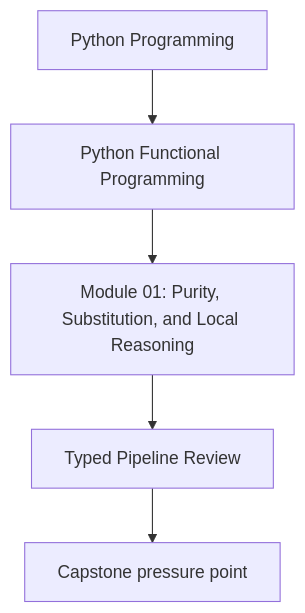
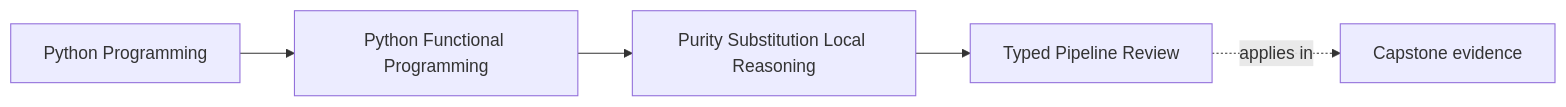
One commit to bijux/bijux-masterclass changed the first of 2 diagrams in programs/python-programming/python-functional-programming/course-book/module-01-purity-substitution-local-reasoning/typed-pipeline-review.md. Above: the diagram before and after it, drawn with Mermaid. The commit also changed other lines of this file and 73 other files, not shown here.

Commit message:
docs(python-functional-programming): map orientation through streaming foundations

````diff
--- a/programs/python-programming/python-functional-programming/course-book/module-01-purity-substitution-local-reasoning/typed-pipeline-review.md
+++ b/programs/python-programming/python-functional-programming/course-book/module-01-purity-substitution-local-reasoning/typed-pipeline-review.md
@@ -7,7 +7,11 @@
 ```mermaid
-flowchart TD
-  family["Python Programming"] --> program["Python Functional Programming"]
-  program --> module["Module 01: Purity, Substitution, and Local Reasoning"]
-  module --> concept["Typed Pipeline Review"]
-  concept --> capstone["Capstone pressure point"]
+graph LR
+  family["Python Programming"]
+  program["Python Functional Programming"]
+  section["Purity Substitution Local Reasoning"]
+  page["Typed Pipeline Review"]
+  capstone["Capstone evidence"]
+
+  family --> program --> section --> page
+  page -.applies in.-> capstone
 ```
````
